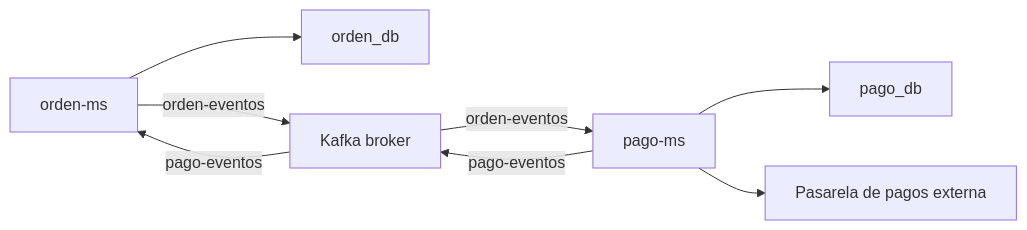
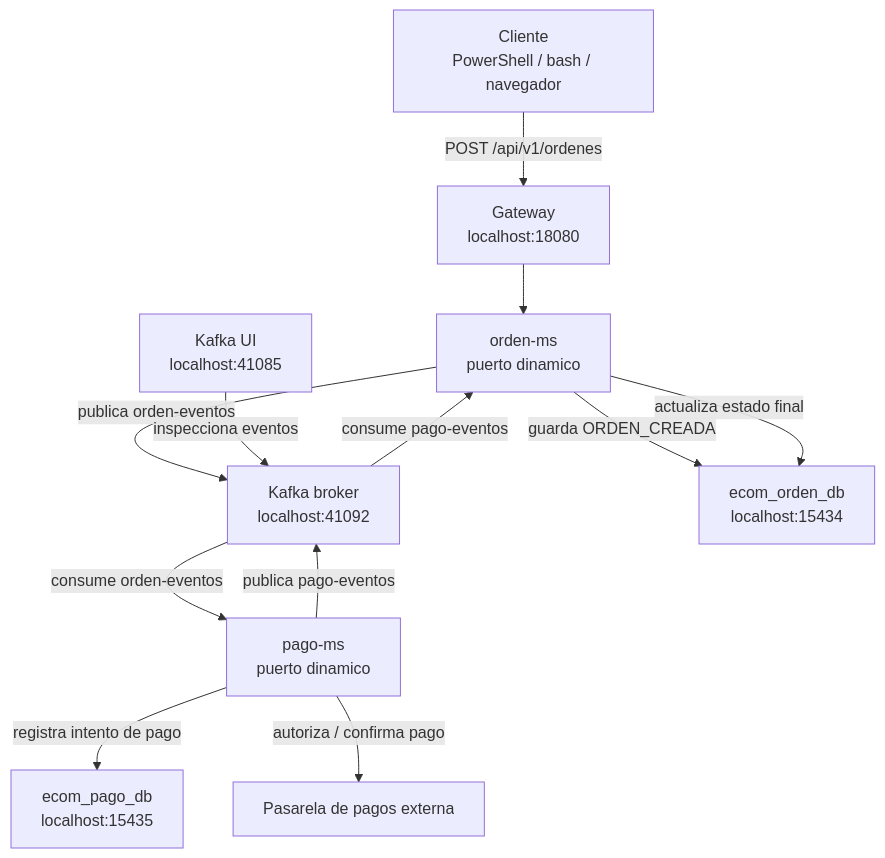
The first of 2 diagrams in docs/sesiones/s09-kafka-eventos.md (261dist/ecom), drawn with Mermaid before and after one commit. The commit also changed other lines of this file and 11 other files, not shown here.

````diff
--- a/docs/sesiones/s09-kafka-eventos.md
+++ b/docs/sesiones/s09-kafka-eventos.md
@@ -44,17 +48,24 @@
 ```mermaid
-flowchart LR
-    Orden["orden-ms"]
-    OrdenDB["orden_db"]
-    Broker["Kafka broker"]
-    Pago["pago-ms"]
-    PagoDB["pago_db"]
+flowchart TB
+    Cliente["Cliente<br/>PowerShell / bash / navegador"]
+    Gateway["Gateway<br/>localhost:18080"]
+    Kafka["Kafka broker<br/>localhost:41092"]
+    KafkaUI["Kafka UI<br/>localhost:41085"]
+    Orden["orden-ms<br/>puerto dinamico"]
+    Pago["pago-ms<br/>puerto dinamico"]
+    OrdenDB["ecom_orden_db<br/>localhost:15434"]
+    PagoDB["ecom_pago_db<br/>localhost:15435"]
     Pasarela["Pasarela de pagos externa"]
 
-    Orden --> OrdenDB
-    Orden -->|"orden-eventos"| Broker
-    Broker -->|"orden-eventos"| Pago
-    Pago --> PagoDB
-    Pago --> Pasarela
-    Pago -->|"pago-eventos"| Broker
-    Broker -->|"pago-eventos"| Orden
+    Cliente -->|"POST /api/v1/ordenes"| Gateway
+    Gateway --> Orden
+    Orden -->|"guarda ORDEN_CREADA"| OrdenDB
+    Orden -->|"publica orden-eventos"| Kafka
+    Kafka -->|"consume orden-eventos"| Pago
+    Pago -->|"registra intento de pago"| PagoDB
+    Pago -->|"autoriza / confirma pago"| Pasarela
+    Pago -->|"publica pago-eventos"| Kafka
+    Kafka -->|"consume pago-eventos"| Orden
+    Orden -->|"actualiza estado final"| OrdenDB
+    KafkaUI -->|"inspecciona eventos"| Kafka
 ```
````
